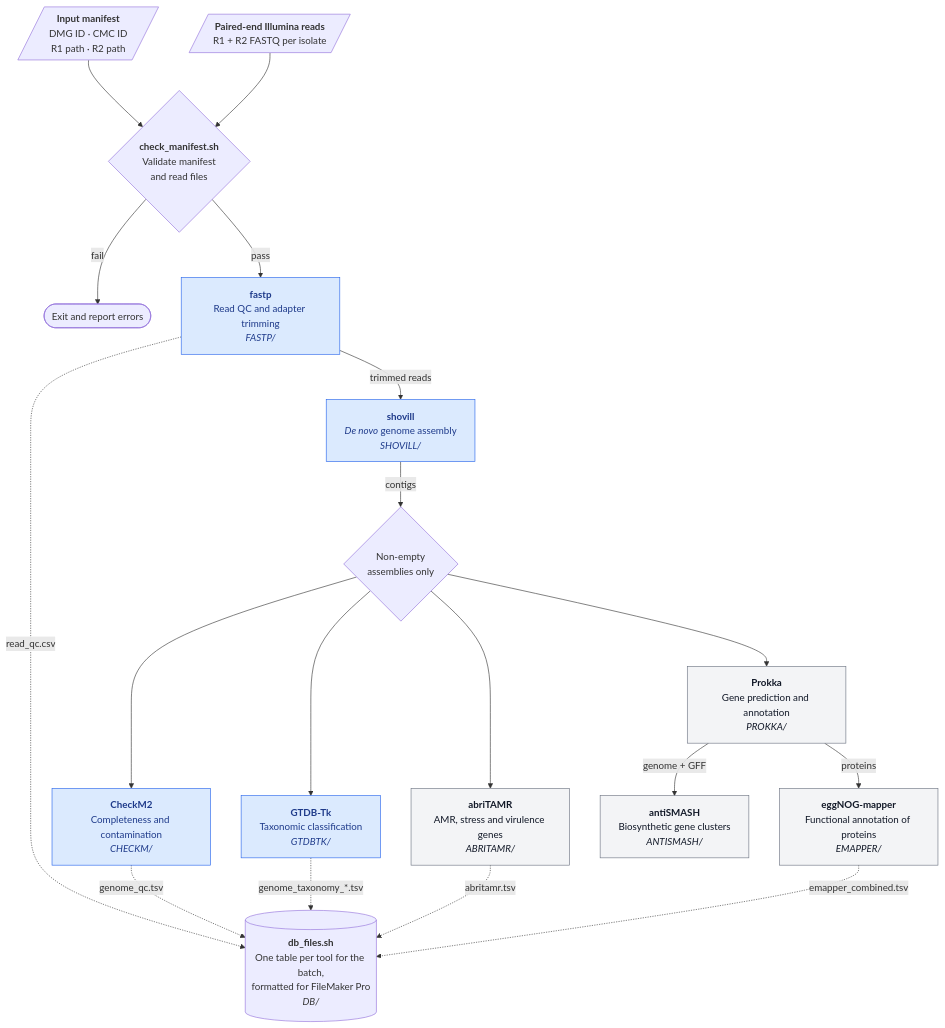
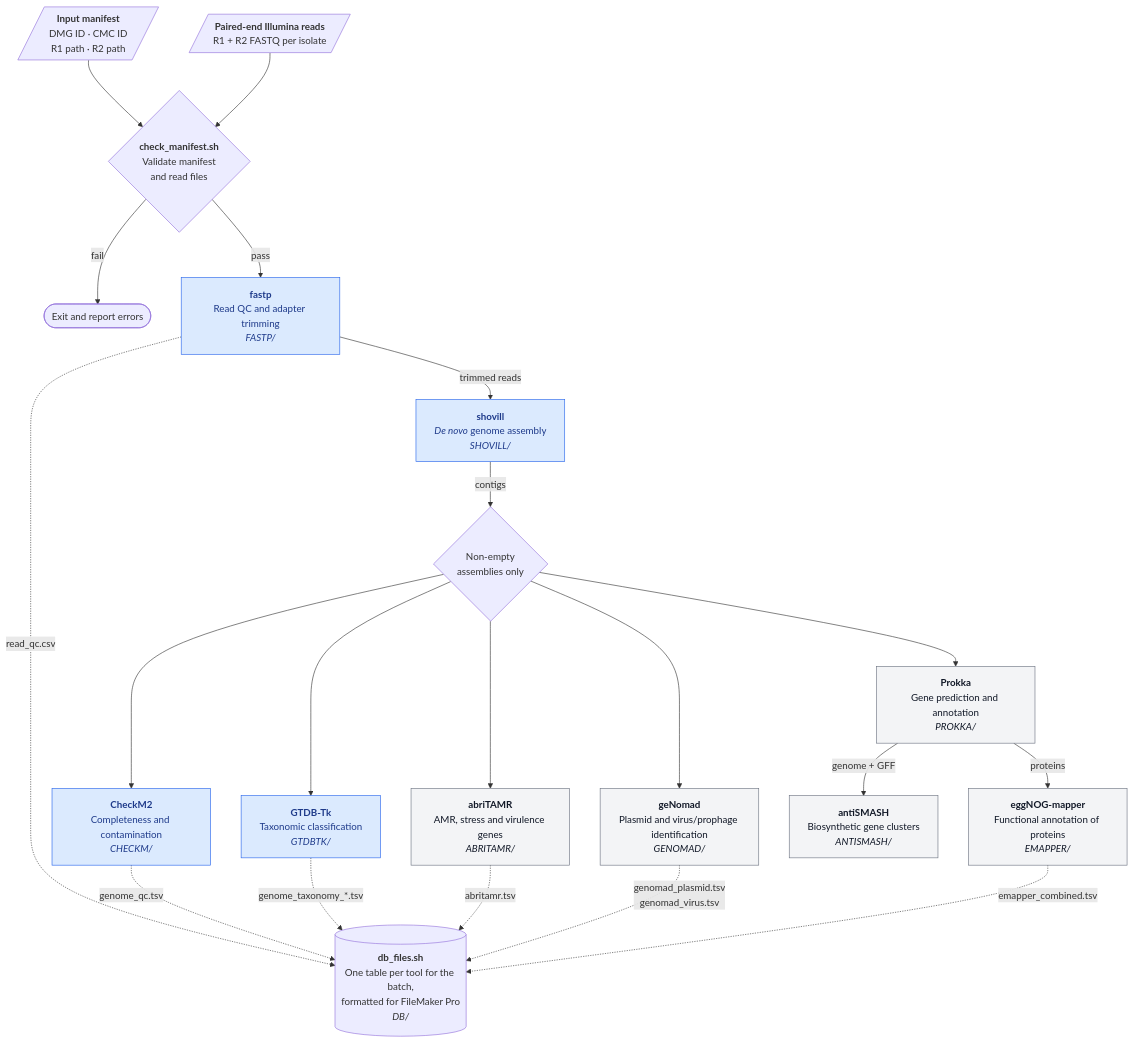
One commit to centre-pathogen-genomics/microbiome-collection changed the diagram in README.md. Above: the diagram before and after it, drawn with Mermaid. The commit also changed other lines of this file and 4 other files, not shown here.

````diff
--- a/README.md
+++ b/README.md
@@ -126,45 +150,48 @@
 ```mermaid
 flowchart TD
     MAN[/"<b>Input manifest</b><br/>DMG ID · CMC ID<br/>R1 path · R2 path"/]
     FQ[/"<b>Paired-end Illumina reads</b><br/>R1 + R2 FASTQ per isolate"/]
 
     CHECK{"<b>check_manifest.sh</b><br/>Validate manifest<br/>and read files"}
     STOP(["Exit and report errors"])
 
     FASTP["<b>fastp</b><br/>Read QC and adapter trimming<br/><i>FASTP/</i>"]
     SHOVILL["<b>shovill</b><br/><i>De novo</i> genome assembly<br/><i>SHOVILL/</i>"]
     FILTER{"Non-empty<br/>assemblies only"}
 
     CHECKM["<b>CheckM2</b><br/>Completeness and contamination<br/><i>CHECKM/</i>"]
     GTDB["<b>GTDB-Tk</b><br/>Taxonomic classification<br/><i>GTDBTK/</i>"]
     AMR["<b>abriTAMR</b><br/>AMR, stress and virulence genes<br/><i>ABRITAMR/</i>"]
+    GENOMAD["<b>geNomad</b><br/>Plasmid and virus/prophage identification<br/><i>GENOMAD/</i>"]
     PROKKA["<b>Prokka</b><br/>Gene prediction and annotation<br/><i>PROKKA/</i>"]
     EMAP["<b>eggNOG-mapper</b><br/>Functional annotation of proteins<br/><i>EMAPPER/</i>"]
     ANTI["<b>antiSMASH</b><br/>Biosynthetic gene clusters<br/><i>ANTISMASH/</i>"]
 
     DB[("<b>db_files.sh</b><br/>One table per tool for the batch,<br/>formatted for FileMaker Pro<br/><i>DB/</i>")]
 
     MAN --> CHECK
     FQ --> CHECK
     CHECK -->|"fail"| STOP
     CHECK -->|"pass"| FASTP
     FASTP -->|"trimmed reads"| SHOVILL
     SHOVILL -->|"contigs"| FILTER
     FILTER --> CHECKM
     FILTER --> GTDB
     FILTER --> AMR
+    FILTER --> GENOMAD
     FILTER --> PROKKA
     PROKKA -->|"proteins"| EMAP
     PROKKA -->|"genome + GFF"| ANTI
 
     FASTP -.->|"read_qc.csv"| DB
     CHECKM -.->|"genome_qc.tsv"| DB
     GTDB -.->|"genome_taxonomy_*.tsv"| DB
     AMR -.->|"abritamr.tsv"| DB
+    GENOMAD -.->|"genomad_plasmid.tsv<br/>genomad_virus.tsv"| DB
     EMAP -.->|"emapper_combined.tsv"| DB
 
     classDef prelim fill:#dbeafe,stroke:#2563eb,color:#1e3a8a
     classDef full fill:#f3f4f6,stroke:#6b7280,color:#111827
     class FASTP,SHOVILL,CHECKM,GTDB prelim
-    class AMR,PROKKA,EMAP,ANTI full
+    class AMR,GENOMAD,PROKKA,EMAP,ANTI full
 ```
````
